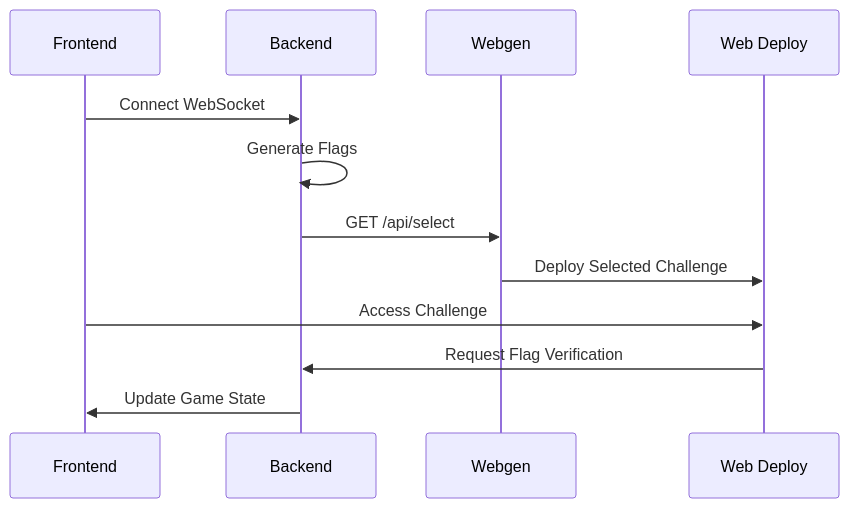
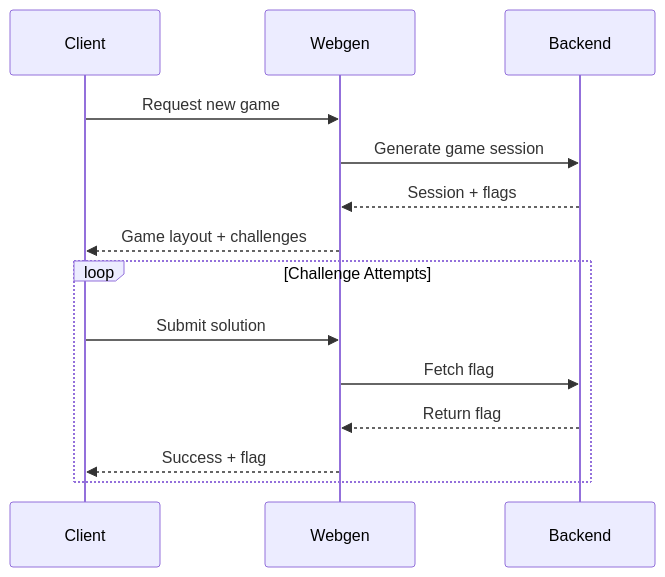
One commit to devhacks-2025-gtfo/gtfo changed the diagram in docs/architecture/system-flow.md. Above: the diagram before and after it, drawn with Mermaid. The commit also changed other lines of this file and 40 other files, not shown here.

````diff
--- a/docs/architecture/system-flow.md
+++ b/docs/architecture/system-flow.md
@@ -26,14 +24,18 @@
 ```mermaid
 sequenceDiagram
-    participant F as Frontend
-    participant B as Backend
-    participant W as Webgen
-    participant D as Web Deploy
-    F->>B: Connect WebSocket
-    B->>B: Generate Flags
-    B->>W: GET /api/select
-    W->>D: Deploy Selected Challenge
-    F->>D: Access Challenge
-    D->>B: Request Flag Verification
-    B->>F: Update Game State
+    participant Client
+    participant Webgen
+    participant Backend
+    
+    Client->>Webgen: Request new game
+    Webgen->>Backend: Generate game session
+    Backend-->>Webgen: Session + flags
+    Webgen-->>Client: Game layout + challenges
+    
+    loop Challenge Attempts
+        Client->>Webgen: Submit solution
+        Webgen->>Backend: Fetch flag
+        Backend-->>Webgen: Return flag
+        Webgen-->>Client: Success + flag
+    end
 ```
````
